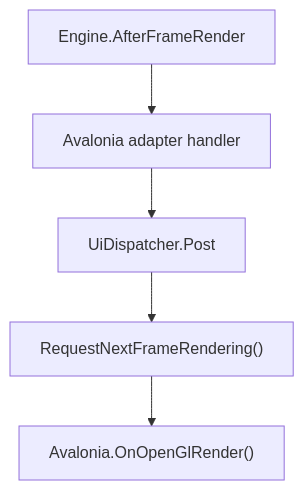
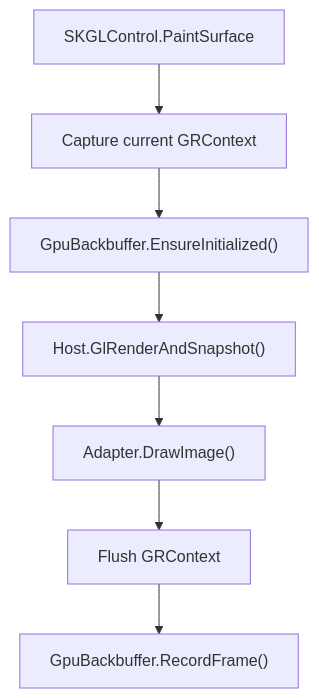
One commit to Isthimius/Gondwana changed the fourth of 4 diagrams in docs/wiki/GL-Rendering-Path.md. Above: the diagram before and after it, drawn with Mermaid. The commit also changed other lines of this file, not shown here.

Commit message:
docs(wiki): update desktop GL rendering path

````diff
--- a/docs/wiki/GL-Rendering-Path.md
+++ b/docs/wiki/GL-Rendering-Path.md
@@ -169,7 +121,9 @@
 ```mermaid
 flowchart TD
-    A["Engine.AfterFrameRender"] --> B["Avalonia adapter handler"]
-    B --> C["UiDispatcher.Post"]
-    C --> D["RequestNextFrameRendering()"]
-    D --> E["Avalonia.OnOpenGlRender()"]
+    A["SKGLControl.PaintSurface"] --> B["Capture current GRContext"]
+    B --> C["GpuBackbuffer.EnsureInitialized()"]
+    C --> D["Host.GlRenderAndSnapshot()"]
+    D --> E["Adapter.DrawImage()"]
+    E --> F["Flush GRContext"]
+    F --> G["GpuBackbuffer.RecordFrame()"]
 ```
````
